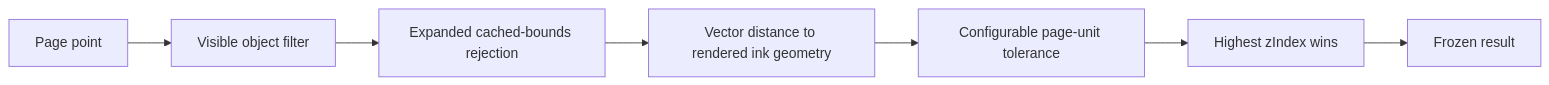
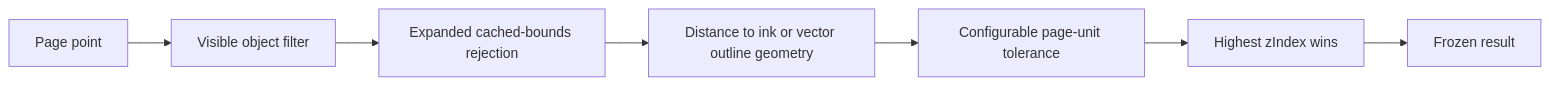
One commit to ritikpandey1981/digital-notes changed the second of 2 diagrams in packages/selection/README.md. Above: the diagram before and after it, drawn with Mermaid. The commit also changed other lines of this file and 98 other files, not shown here.

````diff
--- a/packages/selection/README.md
+++ b/packages/selection/README.md
@@ -48,9 +48,9 @@
 ```mermaid
 flowchart LR
     Point["Page point"] --> Visible["Visible object filter"]
     Visible --> Bounds["Expanded cached-bounds rejection"]
-    Bounds --> Geometry["Vector distance to rendered ink geometry"]
+    Bounds --> Geometry["Distance to ink or vector outline geometry"]
     Geometry --> Tolerance["Configurable page-unit tolerance"]
     Tolerance --> ZOrder["Highest zIndex wins"]
     ZOrder --> Hit["Frozen result"]
 ```
````
